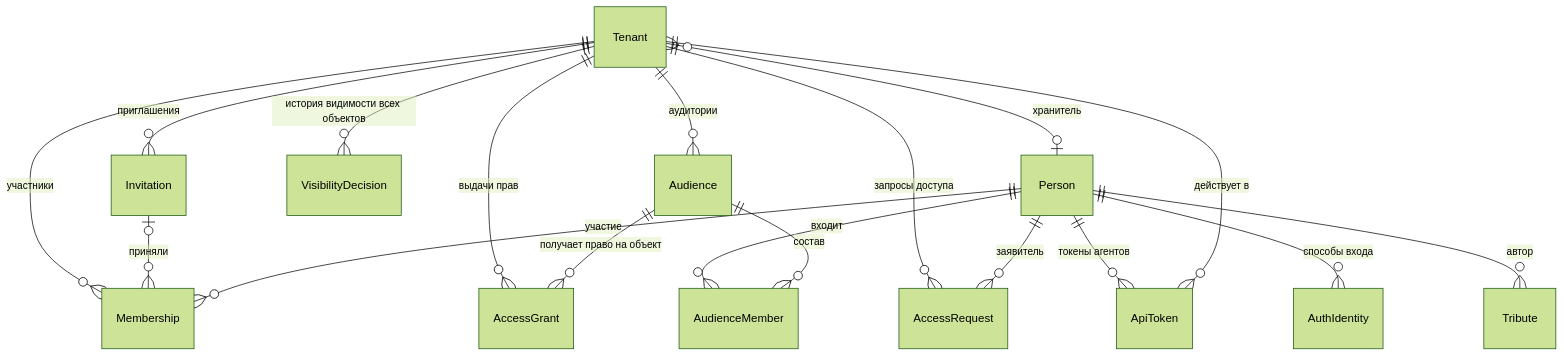
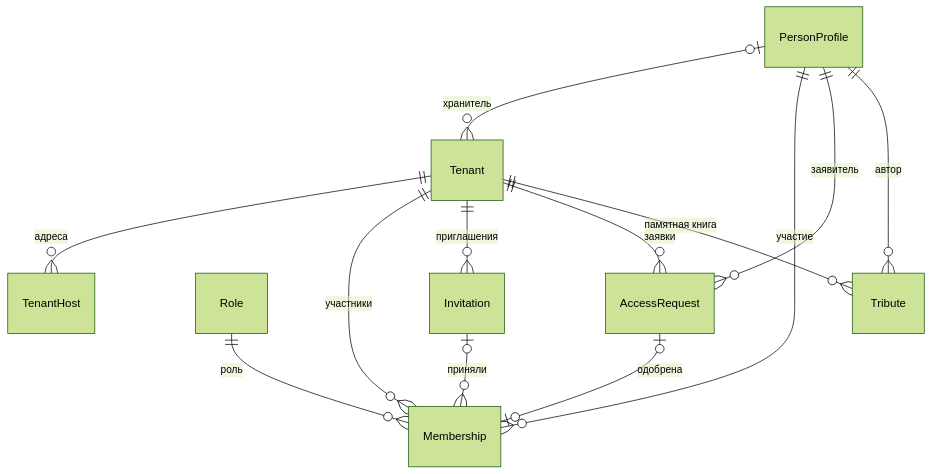
One commit to KiraKhvan/memory_docs changed the second of 3 diagrams in domain_model/Access.md. Above: the diagram before and after it, drawn with Mermaid (forest theme). The commit also changed other lines of this file, not shown here.

Commit message:
Access.md: apply review decisions 1–48

````diff
--- a/domain_model/Access.md
+++ b/domain_model/Access.md
@@ -13,21 +38,15 @@
 ```mermaid
 erDiagram
+    Tenant ||--o{ TenantHost : "адреса"
+    PersonProfile |o--o{ Tenant : "хранитель"
     Tenant ||--o{ Membership : "участники"
-    Tenant ||--o{ Audience : "аудитории"
-    Tenant ||--o{ AccessGrant : "выдачи прав"
-    Audience ||--o{ AccessGrant : "получает право на объект"
-    Tenant ||--o{ AccessRequest : "запросы доступа"
+    PersonProfile ||--o{ Membership : "участие"
+    Role ||--o{ Membership : "роль"
     Tenant ||--o{ Invitation : "приглашения"
     Invitation |o--o{ Membership : "приняли"
-    Tenant ||--o{ VisibilityDecision : "история видимости всех объектов"
-
-    Person ||--o{ AuthIdentity : "способы входа"
-    Person ||--o{ ApiToken : "токены агентов"
-    Tenant ||--o{ ApiToken : "действует в"
-    Person ||--o{ Membership : "участие"
-    Person ||--o{ AudienceMember : "входит"
-    Audience ||--o{ AudienceMember : "состав"
-    Person ||--o{ AccessRequest : "заявитель"
-    Person ||--o{ Tribute : "автор"
-    Tenant }o--o| Person : "хранитель"
+    Tenant ||--o{ AccessRequest : "заявки"
+    PersonProfile ||--o{ AccessRequest : "заявитель"
+    AccessRequest |o--o| Membership : "одобрена"
+    Tenant ||--o{ Tribute : "памятная книга"
+    PersonProfile ||--o{ Tribute : "автор"
 ```
````
